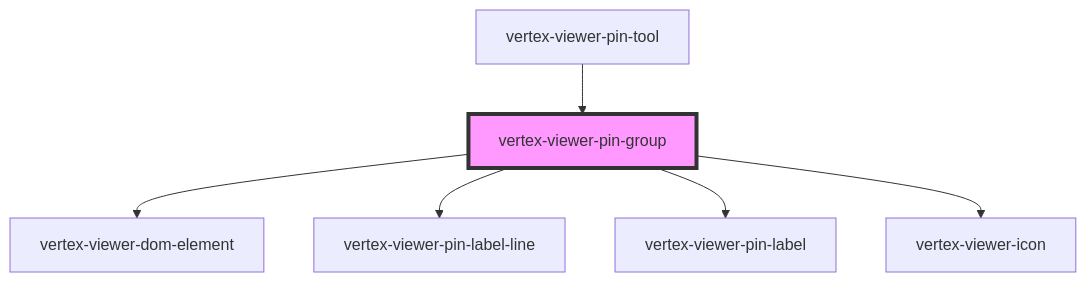
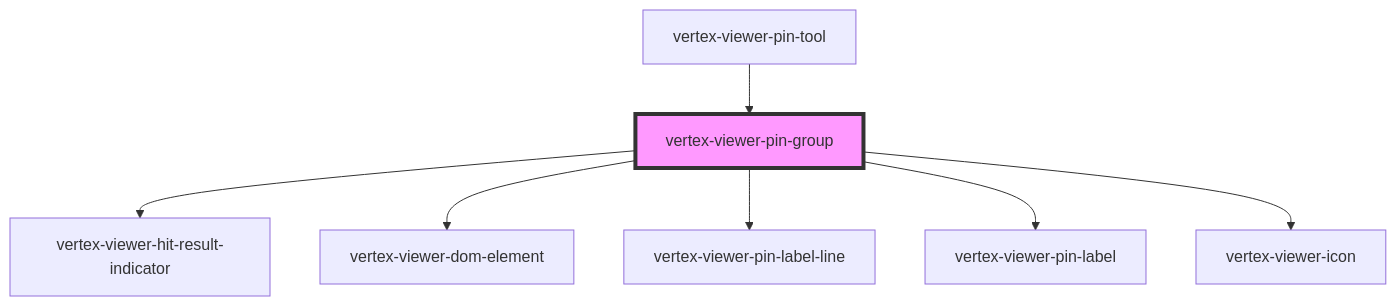
Before and after one commit to Vertexvis/vertex-web-sdk: the diagram in packages/viewer/src/components/viewer-pin-group/readme.md, drawn with Mermaid. The commit also changed other lines of this file and 13 other files, not shown here.

````diff
--- a/packages/viewer/src/components/viewer-pin-group/readme.md
+++ b/packages/viewer/src/components/viewer-pin-group/readme.md
@@ -48,9 +51,10 @@
 ```mermaid
 graph TD;
+  vertex-viewer-pin-group --> vertex-viewer-hit-result-indicator
   vertex-viewer-pin-group --> vertex-viewer-dom-element
   vertex-viewer-pin-group --> vertex-viewer-pin-label-line
   vertex-viewer-pin-group --> vertex-viewer-pin-label
   vertex-viewer-pin-group --> vertex-viewer-icon
   vertex-viewer-pin-tool --> vertex-viewer-pin-group
   style vertex-viewer-pin-group fill:#f9f,stroke:#333,stroke-width:4px
 ```
````
